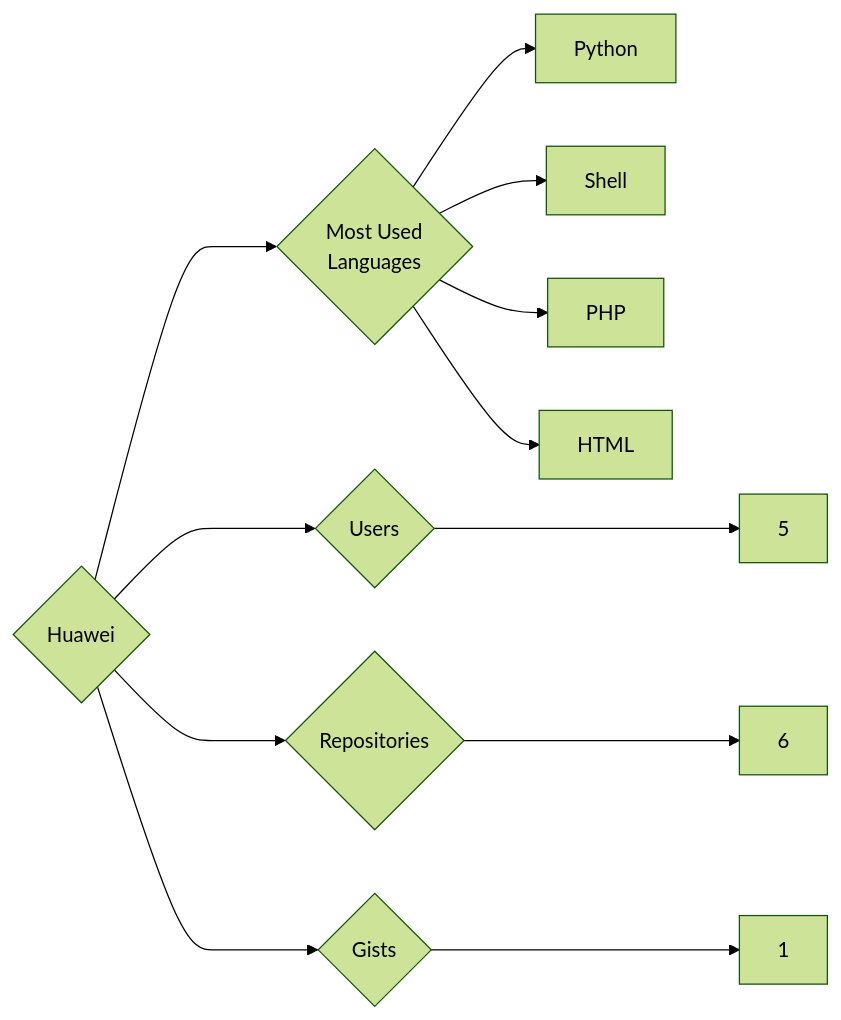
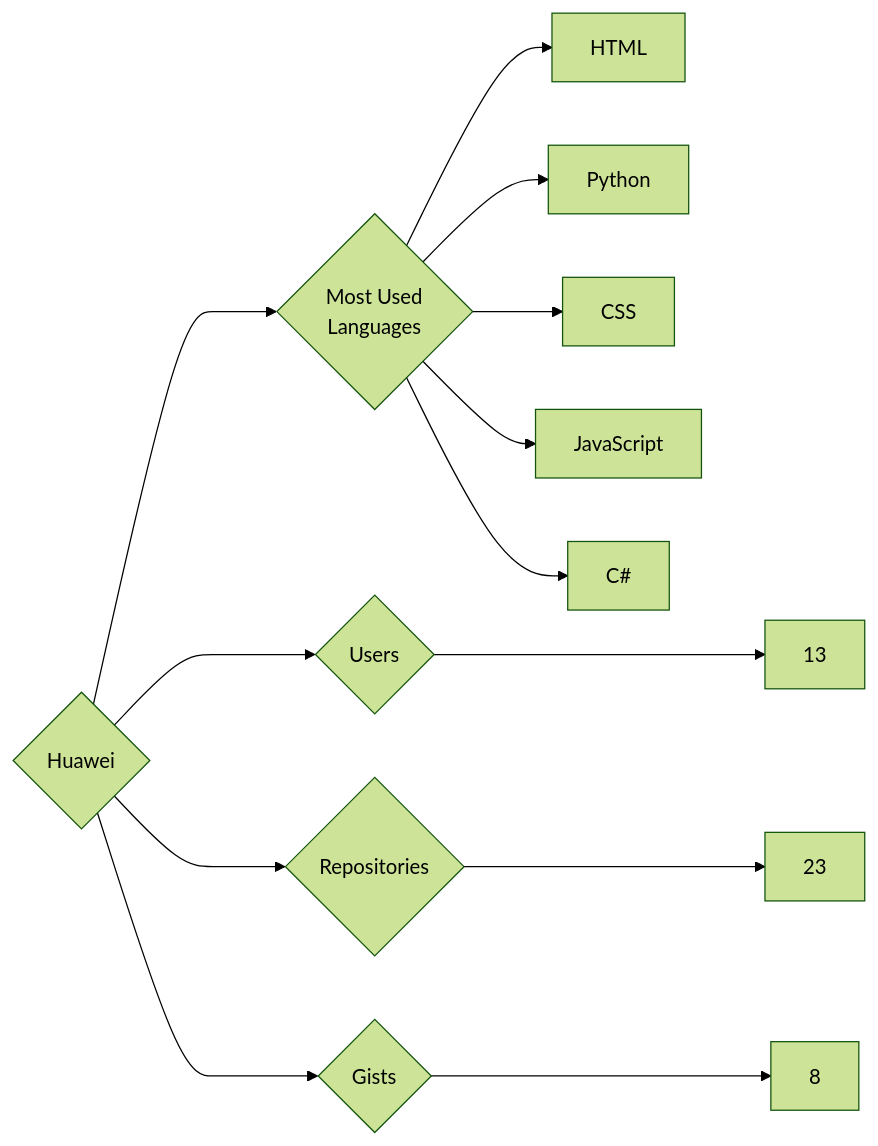
One commit to trickest/insiders changed the diagram in targets/Huawei/README.md. Above: the diagram before and after it, drawn with Mermaid (forest theme). The commit also changed 859 other files, not shown here.

````diff
--- a/targets/Huawei/README.md
+++ b/targets/Huawei/README.md
@@ -3,12 +3,13 @@
 ```mermaid
 graph LR
 COMPANY_NAME{Huawei}
-COMPANY_NAME ---> U{Users} ---> UN[5]
-COMPANY_NAME ---> R{Repositories} ---> RN[6]
-COMPANY_NAME ---> G{Gists} ---> GN[1]
+COMPANY_NAME ---> U{Users} ---> UN[13]
+COMPANY_NAME ---> R{Repositories} ---> RN[23]
+COMPANY_NAME ---> G{Gists} ---> GN[8]
 COMPANY_NAME ---> ML{Most Used<br>Languages}
+ML --> HTML[HTML]
 ML --> Python[Python]
-ML --> Shell[Shell]
-ML --> PHP[PHP]
-ML --> HTML[HTML]
+ML --> CSS[CSS]
+ML --> JavaScript[JavaScript]
+ML --> C#[C#]
 ```
````
